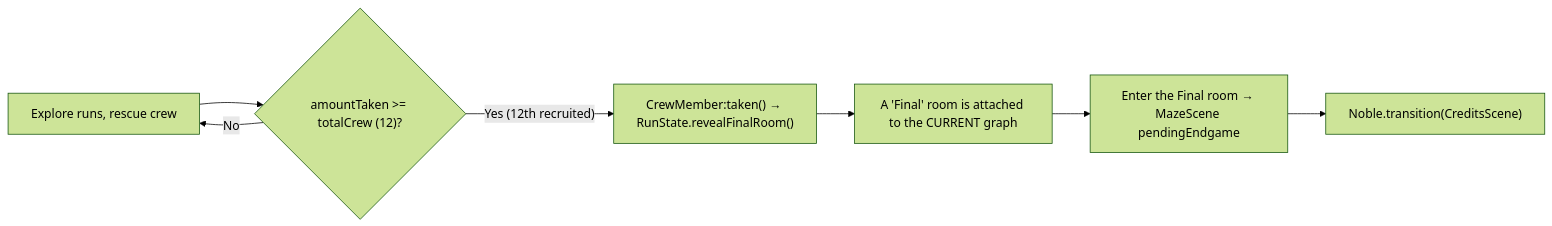
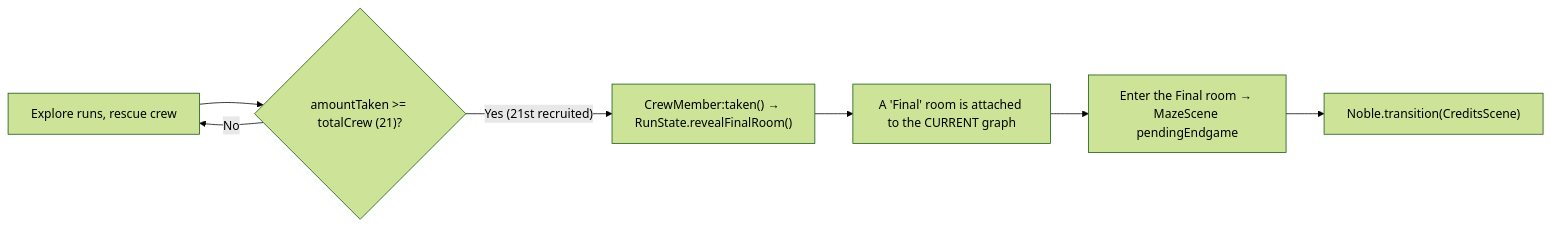
One commit to dactrtr/Dinopirates changed the second of 5 diagrams in source/DOCS/GAME_OVERVIEW.md. Above: the diagram before and after it, drawn with Mermaid (forest theme). The commit also changed other lines of this file and 26 other files, not shown here.

````diff
--- a/source/DOCS/GAME_OVERVIEW.md
+++ b/source/DOCS/GAME_OVERVIEW.md
@@ -72,9 +72,9 @@
 ```mermaid
 flowchart LR
-    Play["Explore runs, rescue crew"] --> Count{"amountTaken >= totalCrew (12)?"}
+    Play["Explore runs, rescue crew"] --> Count{"amountTaken >= totalCrew (21)?"}
     Count -- No --> Play
-    Count -- "Yes (12th recruited)" --> Reveal["CrewMember:taken() → RunState.revealFinalRoom()"]
+    Count -- "Yes (21st recruited)" --> Reveal["CrewMember:taken() → RunState.revealFinalRoom()"]
     Reveal --> Final["A 'Final' room is attached to the CURRENT graph"]
     Final --> Enter["Enter the Final room → MazeScene pendingEndgame"]
     Enter --> Credits["Noble.transition(CreditsScene)"]
 ```
````
